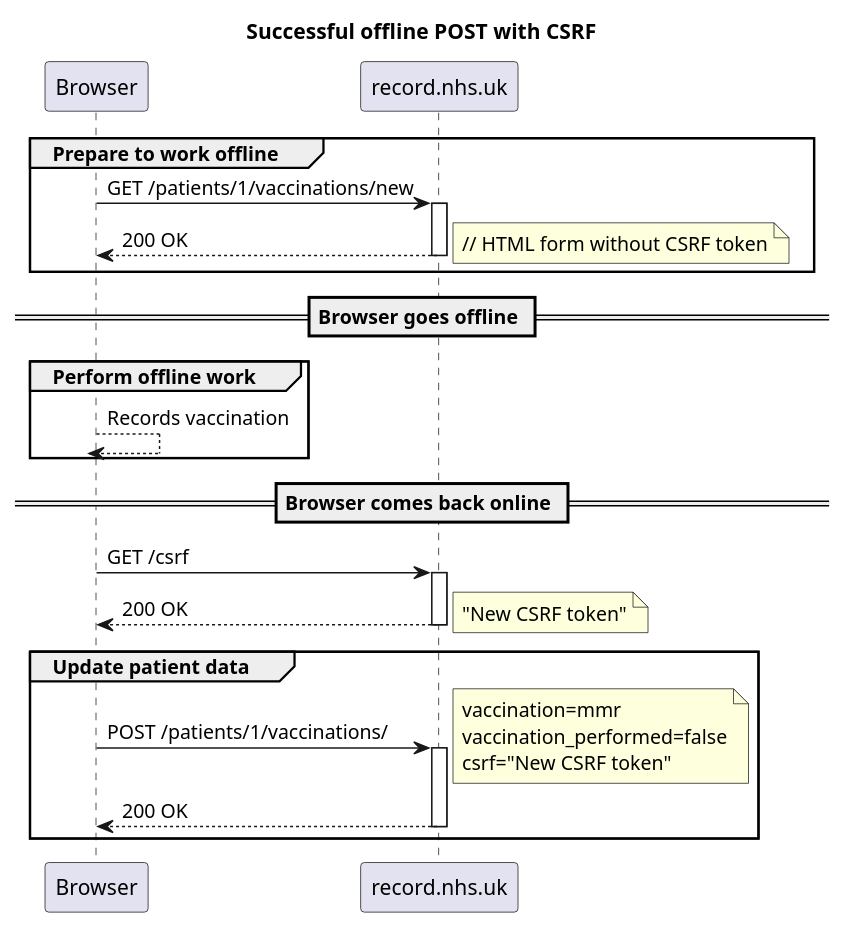
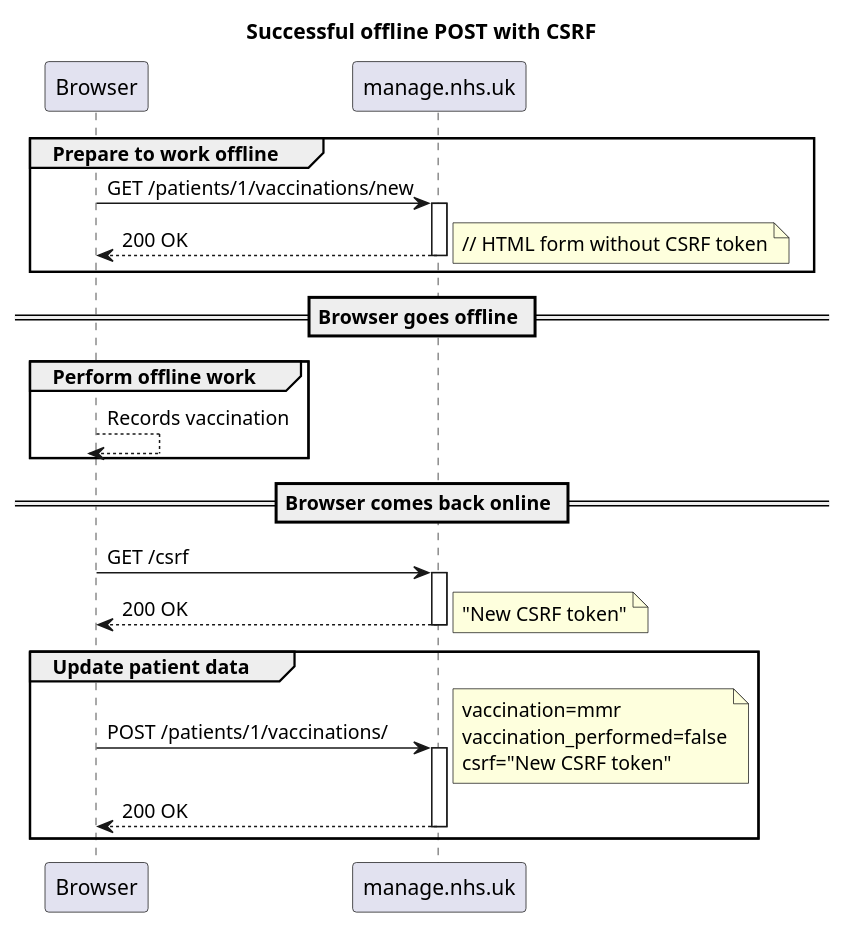
One commit to nhsuk/manage-vaccinations-in-schools changed the diagram in docs/diagrams/successful-offline-post-with-csrf.puml. Above: the diagram before and after it, drawn with PlantUML. The commit also changed 14 other files, not shown here.

Commit message:
Rename record to manage

```diff
--- a/docs/diagrams/successful-offline-post-with-csrf.puml
+++ b/docs/diagrams/successful-offline-post-with-csrf.puml
@@ -1,35 +1,35 @@
 @startuml
 title Successful offline POST with CSRF
 
 autoactivate on
 
 group Prepare to work offline
-    Browser -> record.nhs.uk: GET /patients/1/vaccinations/new
+    Browser -> manage.nhs.uk: GET /patients/1/vaccinations/new
     return 200 OK
     note right
         // HTML form without CSRF token
     end note
 end
 
 == Browser goes offline ==
 
 group Perform offline work
     Browser-->Browser: Records vaccination
 end
 
 == Browser comes back online ==
 
-Browser -> record.nhs.uk: GET /csrf
+Browser -> manage.nhs.uk: GET /csrf
 return 200 OK
 note right: "New CSRF token"
 
 group Update patient data
-    Browser -> record.nhs.uk: POST /patients/1/vaccinations/
+    Browser -> manage.nhs.uk: POST /patients/1/vaccinations/
     note right
         vaccination=mmr
         vaccination_performed=false
         csrf="New CSRF token"
     end note
     return 200 OK
 end
 @enduml
```
